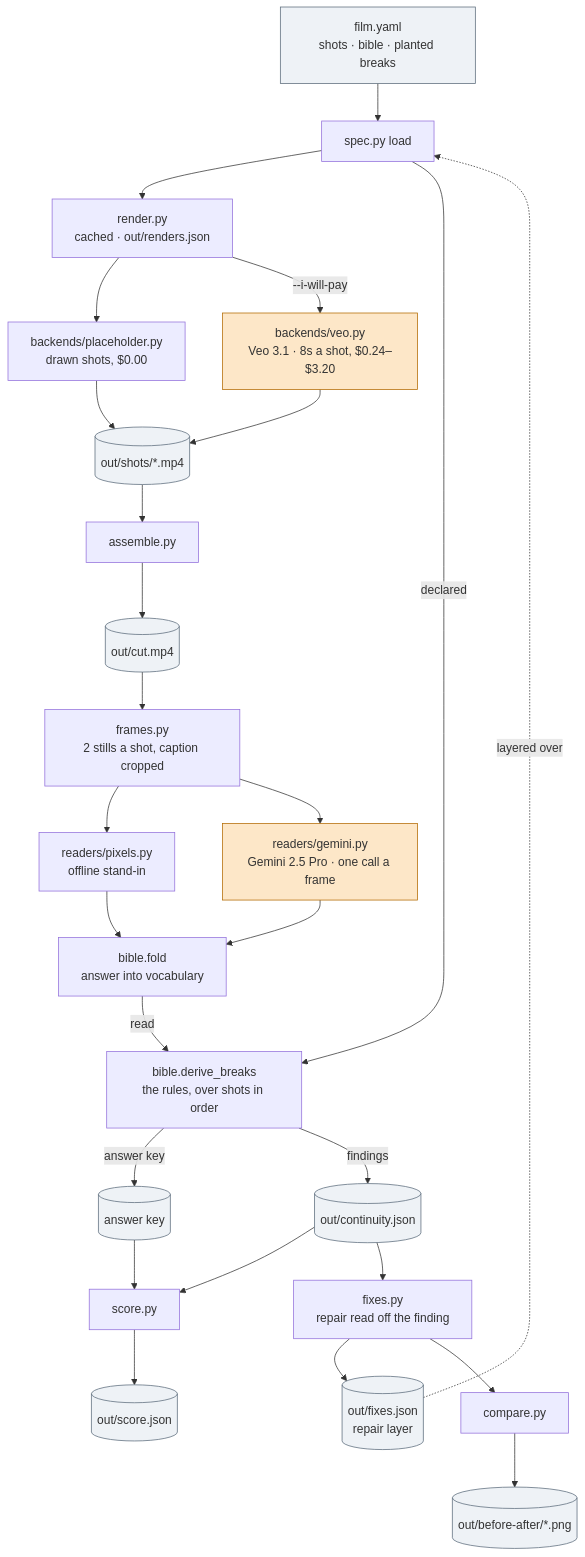
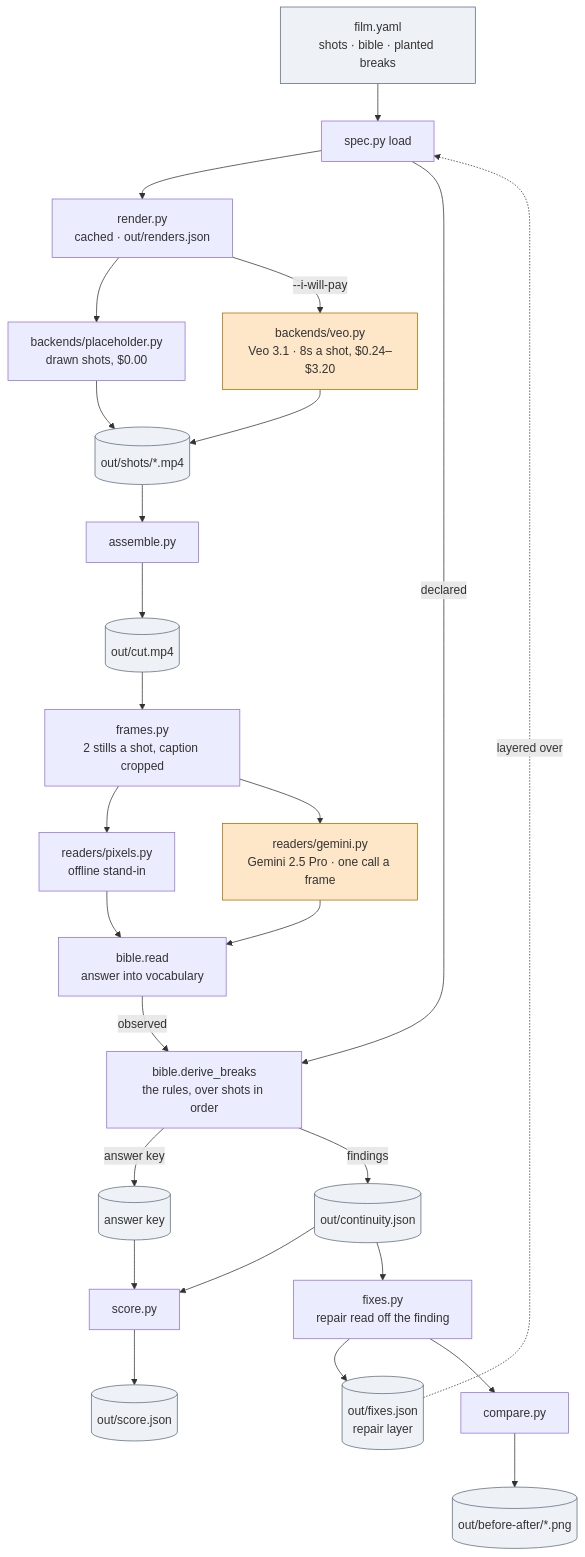
One commit to jtmuller5/continuity-checker changed the first of 2 diagrams in README.md. Above: the diagram before and after it, drawn with Mermaid. The commit also changed other lines of this file, not shown here.

Commit message:
Name the functions the diagram actually calls

````diff
--- a/README.md
+++ b/README.md
@@ -185,44 +185,44 @@
 ```mermaid
 flowchart TB
   spec["film.yaml<br/>shots · bible · planted breaks"]
   fixesf[("out/fixes.json<br/>repair layer")]
   load["spec.py load"]
   render["render.py<br/>cached · out/renders.json"]
   ph["backends/placeholder.py<br/>drawn shots, $0.00"]
   veo["backends/veo.py<br/>Veo 3.1 · 8s a shot, $0.24–$3.20"]
   shots[("out/shots/*.mp4")]
   assemble["assemble.py"]
   cut[("out/cut.mp4")]
   frames["frames.py<br/>2 stills a shot, caption cropped"]
   pixels["readers/pixels.py<br/>offline stand-in"]
   gem["readers/gemini.py<br/>Gemini 2.5 Pro · one call a frame"]
-  fold["bible.fold<br/>answer into vocabulary"]
+  fold["bible.read<br/>answer into vocabulary"]
   derive["bible.derive_breaks<br/>the rules, over shots in order"]
   key[("answer key")]
   report[("out/continuity.json")]
   score["score.py"]
   scorej[("out/score.json")]
   fixmod["fixes.py<br/>repair read off the finding"]
   compare["compare.py"]
   plate[("out/before-after/*.png")]
 
   spec --> load
   fixesf -. layered over .-> load
   load --> render
   render --> ph --> shots
   render -->|--i-will-pay| veo --> shots
   shots --> assemble --> cut --> frames
   frames --> pixels --> fold
   frames --> gem --> fold
   load -->|declared| derive
-  fold -->|read| derive
+  fold -->|observed| derive
   derive -->|answer key| key --> score
   derive -->|findings| report --> score --> scorej
   report --> fixmod --> fixesf
   fixmod --> compare --> plate
 
   classDef paid fill:#fde7c8,stroke:#b26a00;
   classDef file fill:#eef2f6,stroke:#5b6b7a;
   class veo,gem paid;
   class spec,fixesf,shots,cut,key,report,scorej,plate file;
 ```
````
